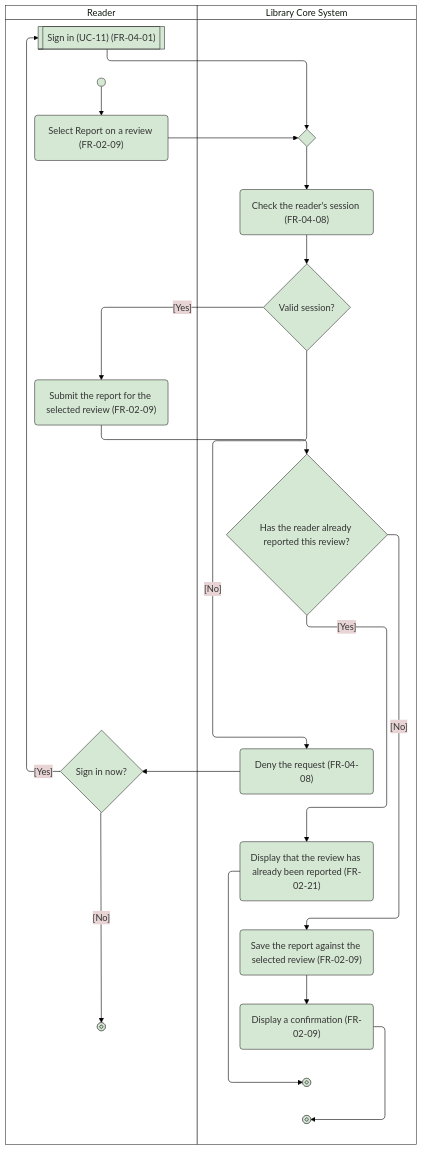
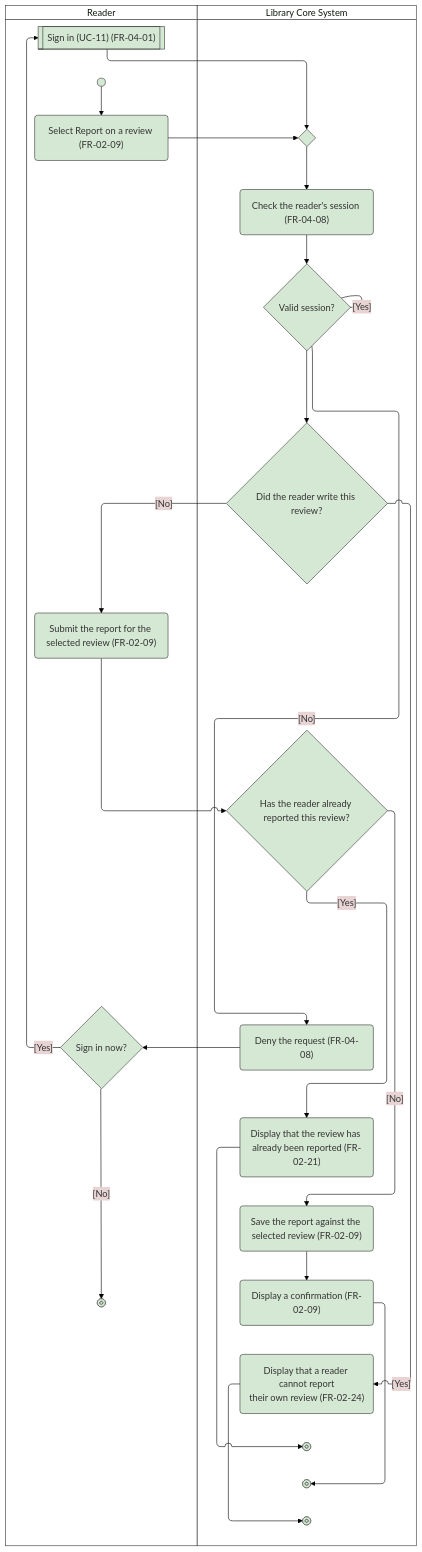
One commit to chihvcte-beep/dbiz2-group-h changed the diagram in [DBIZ 2] GROUP H/ACTIVITY DIAGRAM/AD-UC-14.md. Above: the diagram before and after it, drawn with Mermaid. The commit also changed other lines of this file and 453 other files, not shown here.

First line of the commit message:
Align diagrams, specs, wireframes and workbook after the 23/11 review

````diff
--- a/[DBIZ 2] GROUP H/ACTIVITY DIAGRAM/AD-UC-14.md
+++ b/[DBIZ 2] GROUP H/ACTIVITY DIAGRAM/AD-UC-14.md
@@ -25,41 +25,46 @@
 ```mermaid
 ---
 config:
   theme: base
   themeVariables:
     primaryColor: "#d5e8d4"
     primaryBorderColor: "#333333"
     lineColor: "#000000"
     clusterBkg: "#ffffff"
     clusterBorder: "#333333"
 ---
 swimlane-beta TB
   subgraph RDR["Reader"]
     start@{ shape: sm-circ }
     r1("Select Report on a review (FR-02-09)")
     d1{"Sign in now?"}
     c1[["Sign in (UC-11) (FR-04-01)"]]
     r2("Submit the report for the selected review (FR-02-09)")
     stop1@{ shape: fr-circ }
   end
   subgraph SYS["Library Core System"]
     m0{" "}
     s0("Check the reader's session (FR-04-08)")
     d0{"Valid session?"}
     s1("Deny the request (FR-04-08)")
+    d3{"Did the reader write this review?"}
+    s5("Display that a reader cannot report<br/>their own review (FR-02-24)")
     d2{"Has the reader already reported this review?"}
     s2("Display that the review has already been reported (FR-02-21)")
     s3("Save the report against the selected review (FR-02-09)")
     s4("Display a confirmation (FR-02-09)")
     stop2@{ shape: fr-circ }
     stop3@{ shape: fr-circ }
+    stop4@{ shape: fr-circ }
   end
 
   start --> r1 --> m0 --> s0 --> d0
   d0 -->|"[No]"| s1 --> d1
   d1 -->|"[Yes]"| c1 --> m0
   d1 -->|"[No]"| stop1
-  d0 -->|"[Yes]"| r2 --> d2
+  d0 -->|"[Yes]"| d3
+  d3 -->|"[Yes]"| s5 --> stop4
+  d3 -->|"[No]"| r2 --> d2
   d2 -->|"[Yes]"| s2 --> stop2
   d2 -->|"[No]"| s3 --> s4 --> stop3
 ```
````
